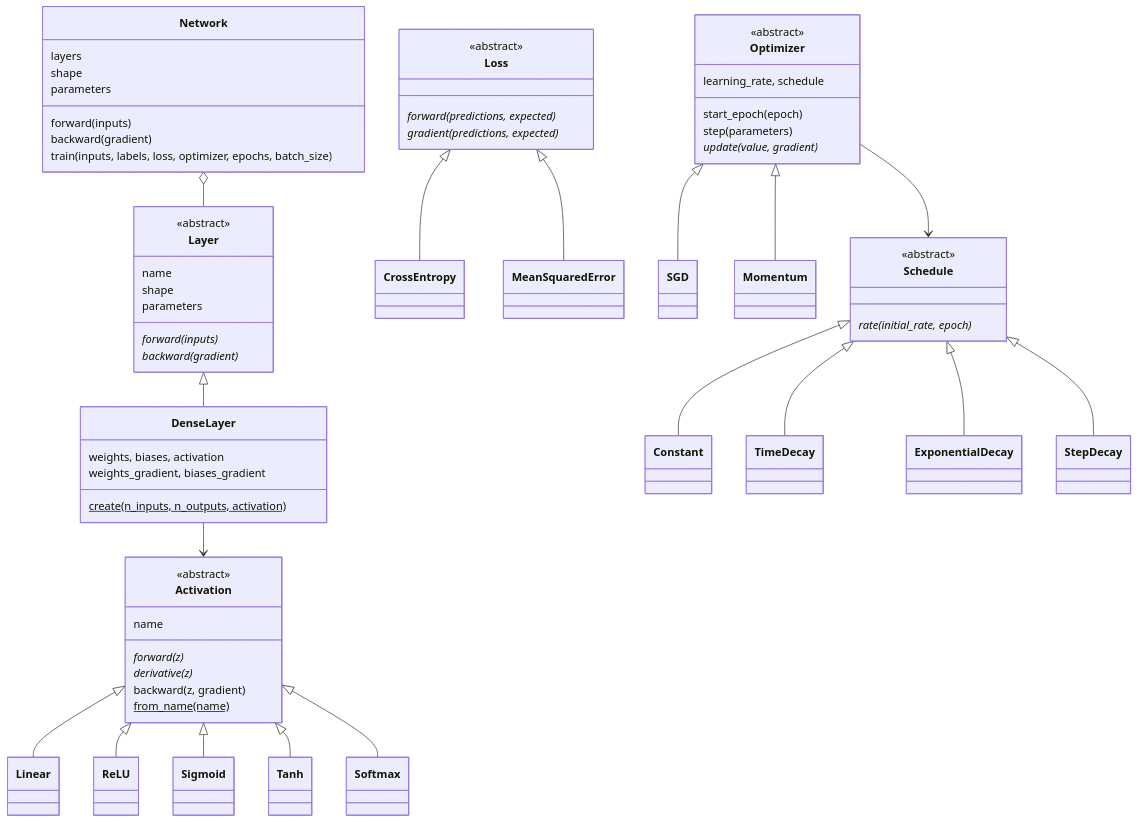
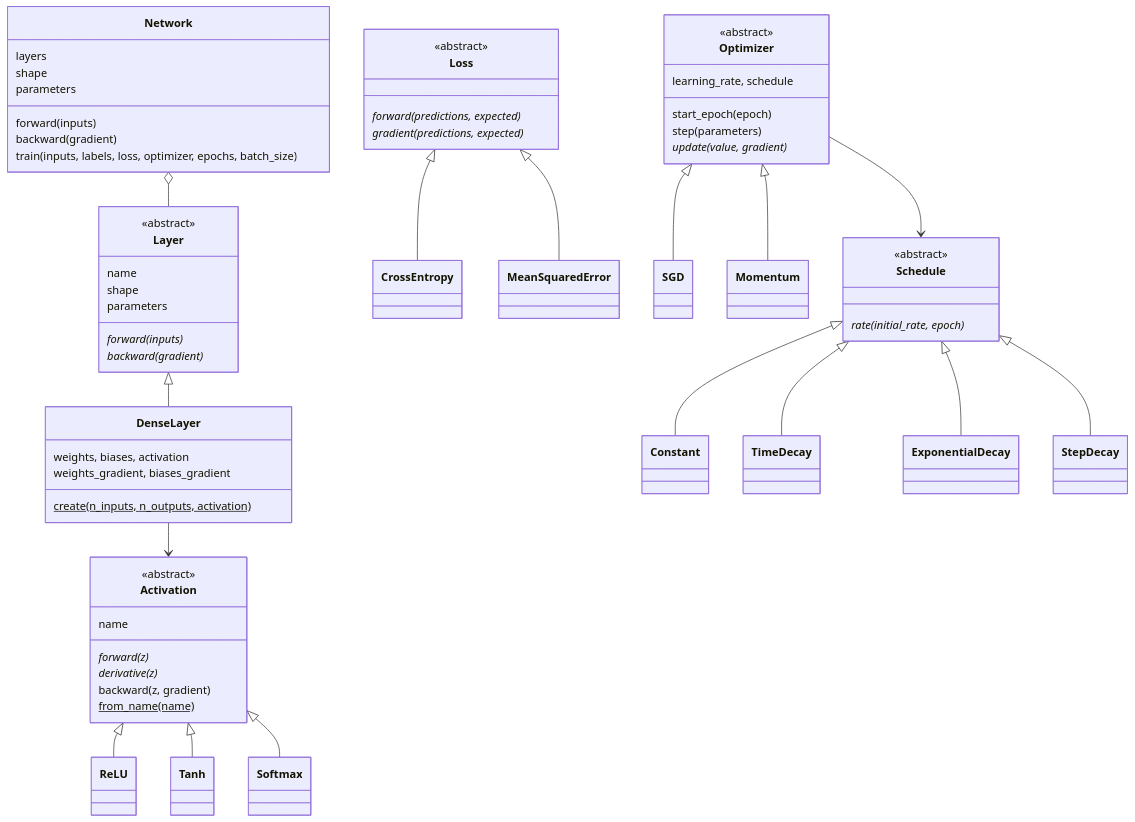
Before and after one commit to Eukyrios/my_torch: the second of 4 diagrams in docs/my_torch.md, drawn with Mermaid. The commit also changed other lines of this file and 17 other files, not shown here.

````diff
--- a/docs/my_torch.md
+++ b/docs/my_torch.md
@@ -64,65 +64,63 @@
 ```mermaid
 classDiagram
     class Network {
         layers
         shape
         parameters
         forward(inputs)
         backward(gradient)
         train(inputs, labels, loss, optimizer, epochs, batch_size)
     }
     class Layer {
         <<abstract>>
         name
         shape
         parameters
         forward(inputs)*
         backward(gradient)*
     }
     class DenseLayer {
         weights, biases, activation
         weights_gradient, biases_gradient
         create(n_inputs, n_outputs, activation)$
     }
     class Activation {
         <<abstract>>
         name
         forward(z)*
         derivative(z)*
         backward(z, gradient)
         from_name(name)$
     }
     class Loss {
         <<abstract>>
         forward(predictions, expected)*
         gradient(predictions, expected)*
     }
     class Optimizer {
         <<abstract>>
         learning_rate, schedule
         start_epoch(epoch)
         step(parameters)
         update(value, gradient)*
     }
     class Schedule {
         <<abstract>>
         rate(initial_rate, epoch)*
     }
     Network o-- Layer
     Layer <|-- DenseLayer
     DenseLayer --> Activation
-    Activation <|-- Linear
     Activation <|-- ReLU
-    Activation <|-- Sigmoid
     Activation <|-- Tanh
     Activation <|-- Softmax
     Loss <|-- CrossEntropy
     Loss <|-- MeanSquaredError
     Optimizer <|-- SGD
     Optimizer <|-- Momentum
     Optimizer --> Schedule
     Schedule <|-- Constant
     Schedule <|-- TimeDecay
     Schedule <|-- ExponentialDecay
     Schedule <|-- StepDecay
 ```
````
